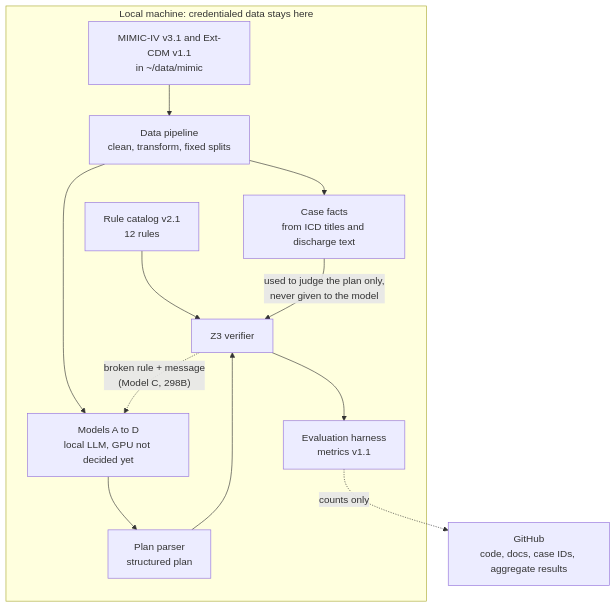
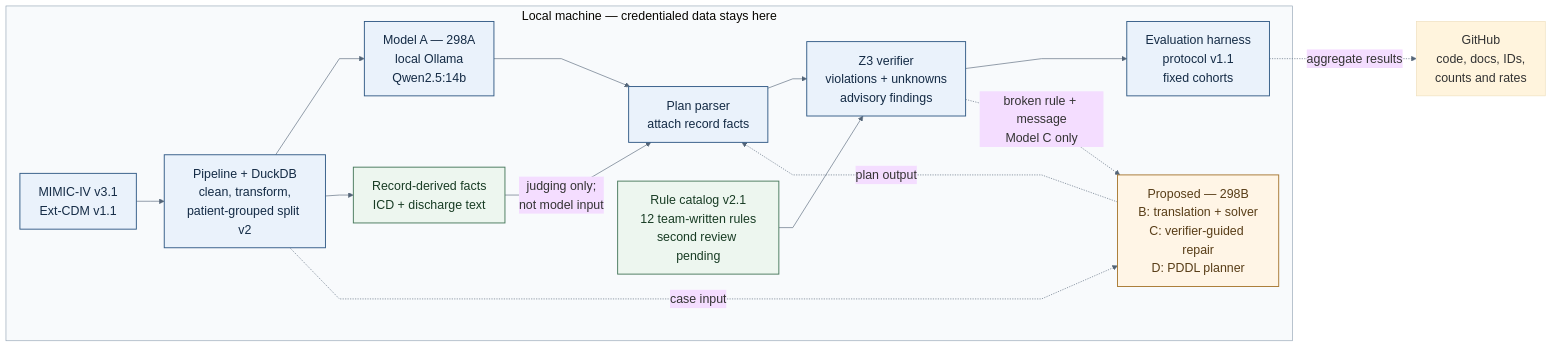
The diagram in docs/workbook2_model_development.md (Akashkumarsenthil/Clinical-Discharge-Treatment-Plan-Verification), drawn with Mermaid before and after one commit. The commit also changed other lines of this file and 1 other file, not shown here.

Commit message:
Export model architecture image for report and slides (T6-181)

````diff
--- a/docs/workbook2_model_development.md
+++ b/docs/workbook2_model_development.md
@@ -23,15 +23,25 @@
 ```mermaid
-flowchart TD
-    subgraph LOCAL["Local machine: credentialed data stays here"]
-        D["MIMIC-IV v3.1 and Ext-CDM v1.1<br/>in ~/data/mimic"] --> P["Data pipeline<br/>clean, transform, fixed splits"]
-        P --> F["Case facts<br/>from ICD titles and discharge text"]
-        P --> M["Models A to D<br/>local LLM, GPU not decided yet"]
-        M --> Q["Plan parser<br/>structured plan"]
-        Q --> Z["Z3 verifier"]
-        R["Rule catalog v2.1<br/>12 rules"] --> Z
-        F -->|"used to judge the plan only,<br/>never given to the model"| Z
-        Z --> E["Evaluation harness<br/>metrics v1.1"]
+%%{init: {"theme":"base","themeVariables":{"fontFamily":"Arial","fontSize":"20px","clusterBkg":"#f8fafc","clusterBorder":"#91a1b3","lineColor":"#536477"},"flowchart":{"htmlLabels":true,"curve":"linear","nodeSpacing":30,"rankSpacing":45}}}%%
+flowchart LR
+    subgraph LOCAL["Local machine — credentialed data stays here"]
+        D["MIMIC-IV v3.1<br/>Ext-CDM v1.1"] --> P["Pipeline + DuckDB<br/>clean, transform,<br/>patient-grouped split v2"]
+        P --> M["Model A — 298A<br/>local Ollama<br/>Qwen2.5:14b"]
+        P --> F["Record-derived facts<br/>ICD + discharge text"]
+        M --> Q["Plan parser<br/>attach record facts"]
+        F -->|"judging only;<br/>not model input"| Q
+        Q --> Z["Z3 verifier<br/>violations + unknowns<br/>advisory findings"]
+        R["Rule catalog v2.1<br/>12 team-written rules<br/>second review pending"] --> Z
+        Z --> E["Evaluation harness<br/>protocol v1.1<br/>fixed cohorts"]
+        N["Proposed — 298B<br/>B: translation + solver<br/>C: verifier-guided repair<br/>D: PDDL planner"]
+        P -. "case input" .-> N
+        N -. "plan output" .-> Q
+        Z -. "broken rule + message<br/>Model C only" .-> N
     end
-    E -.->|"counts only"| G["GitHub<br/>code, docs, case IDs, aggregate results"]
-    Z -.->|"broken rule + message<br/>(Model C, 298B)"| M
+    E -. "aggregate results" .-> G["GitHub<br/>code, docs, IDs,<br/>counts and rates"]
+    classDef current fill:#eaf2fb,stroke:#315a85,color:#142b45,stroke-width:1.5px;
+    classDef evidence fill:#edf6ef,stroke:#47785b,color:#183c24,stroke-width:1.5px;
+    classDef proposed fill:#fff5e6,stroke:#a77730,color:#583d17,stroke-width:1.5px;
+    class D,P,M,Q,Z,E current;
+    class F,R evidence;
+    class N proposed;
 ```
````
